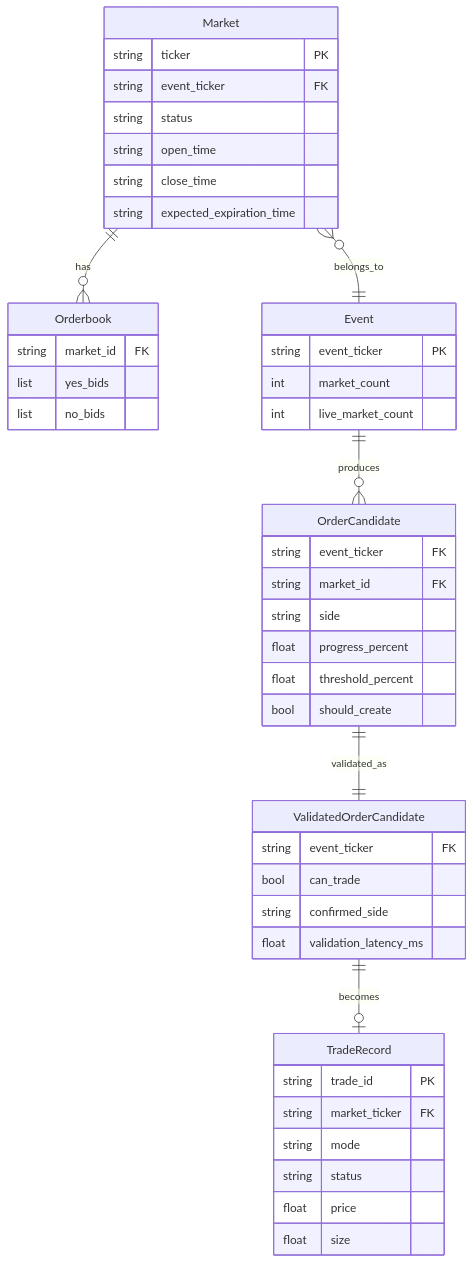
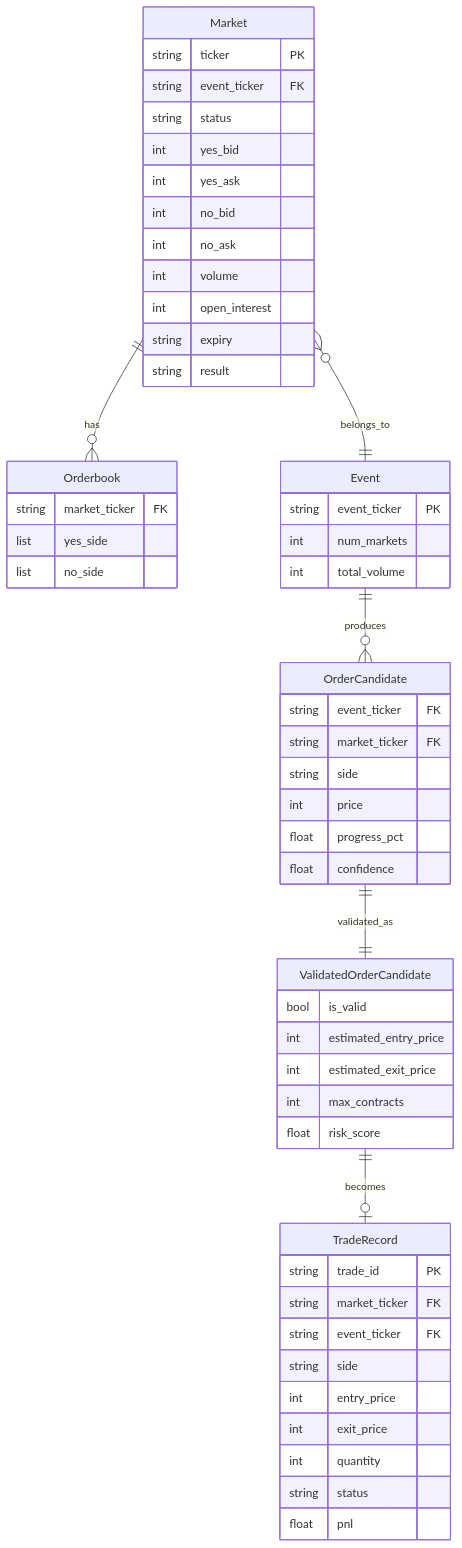
One commit to Danish11512/nunu changed diagram 16 of 18 in docs/architecture.md. Above: the diagram before and after it, drawn with Mermaid. The commit also changed other lines of this file and 28 other files, not shown here.

````diff
--- a/docs/architecture.md
+++ b/docs/architecture.md
@@ -813,54 +807,63 @@
 ```mermaid
 erDiagram
     Market ||--o{ Orderbook : has
     Market }o--|| Event : belongs_to
     Event ||--o{ OrderCandidate : produces
     OrderCandidate ||--|| ValidatedOrderCandidate : validated_as
     ValidatedOrderCandidate ||--o| TradeRecord : becomes
     
     Market {
         string ticker PK
         string event_ticker FK
         string status
-        string open_time
-        string close_time
-        string expected_expiration_time
+        int yes_bid
+        int yes_ask
+        int no_bid
+        int no_ask
+        int volume
+        int open_interest
+        string expiry
+        string result
     }
     
     Event {
         string event_ticker PK
-        int market_count
-        int live_market_count
+        int num_markets
+        int total_volume
     }
     
     Orderbook {
-        string market_id FK
-        list yes_bids
-        list no_bids
+        string market_ticker FK
+        list yes_side
+        list no_side
     }
     
     OrderCandidate {
         string event_ticker FK
-        string market_id FK
+        string market_ticker FK
         string side
-        float progress_percent
-        float threshold_percent
-        bool should_create
+        int price
+        float progress_pct
+        float confidence
     }
     
     ValidatedOrderCandidate {
-        string event_ticker FK
-        bool can_trade
-        string confirmed_side
-        float validation_latency_ms
+        bool is_valid
+        int estimated_entry_price
+        int estimated_exit_price
+        int max_contracts
+        float risk_score
     }
     
     TradeRecord {
         string trade_id PK
         string market_ticker FK
-        string mode
+        string event_ticker FK
+        string side
+        int entry_price
+        int exit_price
+        int quantity
         string status
-        float price
-        float size
+        float pnl
     }
 ```
````
